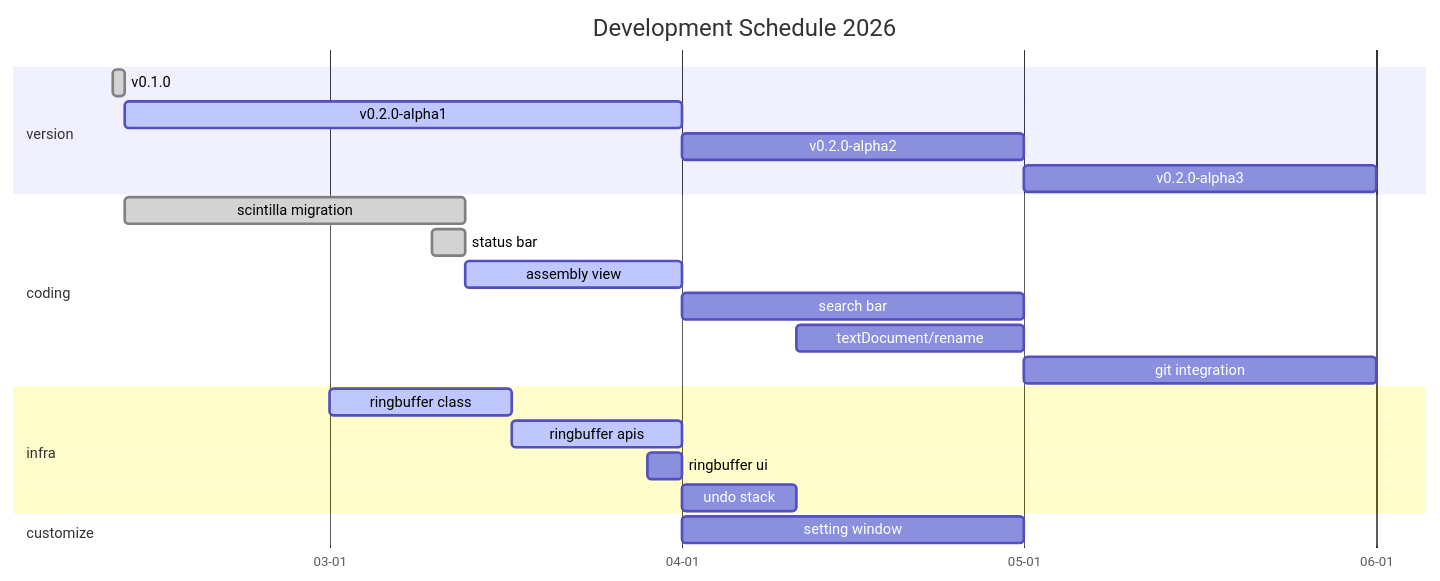
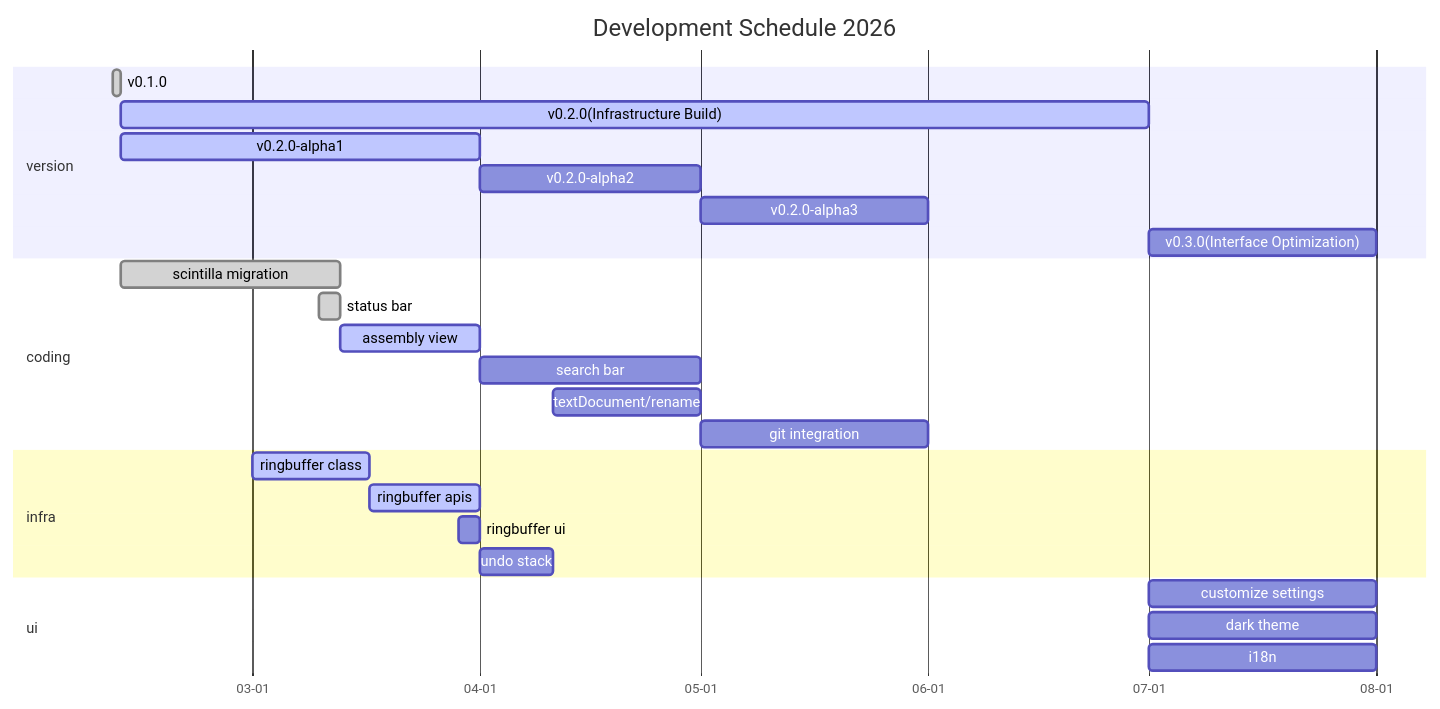
Before and after one commit to zyt20001205/UniComm2: the second of 3 diagrams in readme.md, drawn with Mermaid.

Commit message:
md update

````diff
--- a/readme.md
+++ b/readme.md
@@ -79,30 +79,34 @@
 ```mermaid
 gantt
     title Development Schedule 2026
     dateFormat MM-DD
     axisFormat %m-%d
     tickInterval 1month
 
     section version
         v0.1.0: done, 02-10, 1d
+        v0.2.0(Infrastructure Build): active, 02-11, 140d
         v0.2.0-alpha1: active, 02-11, 49d
         v0.2.0-alpha2: 04-01, 30d
         v0.2.0-alpha3: 05-01, 31d
+        v0.3.0(Interface Optimization): 07-01, 31d
 
     section coding
         scintilla migration: done, 02-11, 30d
         status bar: done, 03-10, 3d
         assembly view: active, 03-13, 19d
         search bar: 04-01, 30d
         textDocument/rename: 04-11, 20d
         git integration: 05-01, 31d
 
     section infra
         ringbuffer class: active, 03-01, 16d
         ringbuffer apis: active, 03-17, 15d
         ringbuffer ui: 03-29, 3d
         undo stack: 04-01, 10d
 
-    section customize
-        setting window: 04-01, 30d
+    section ui
+        customize settings: 07-01, 31d
+        dark theme: 07-01, 31d
+        i18n: 07-01, 31d
 ```
````
